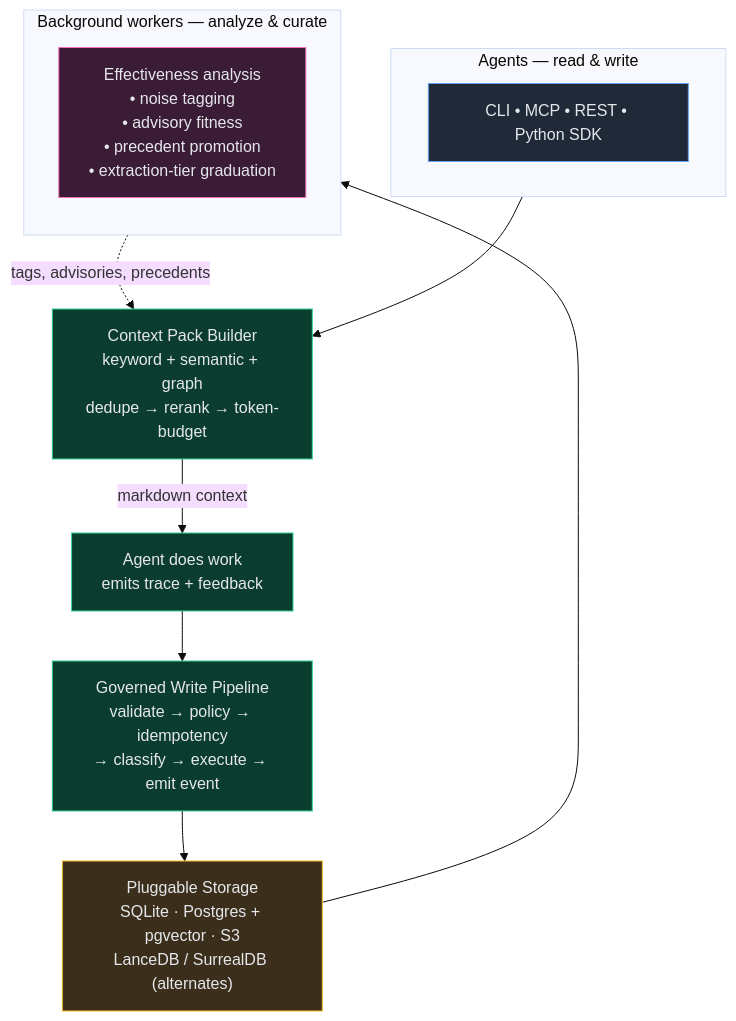
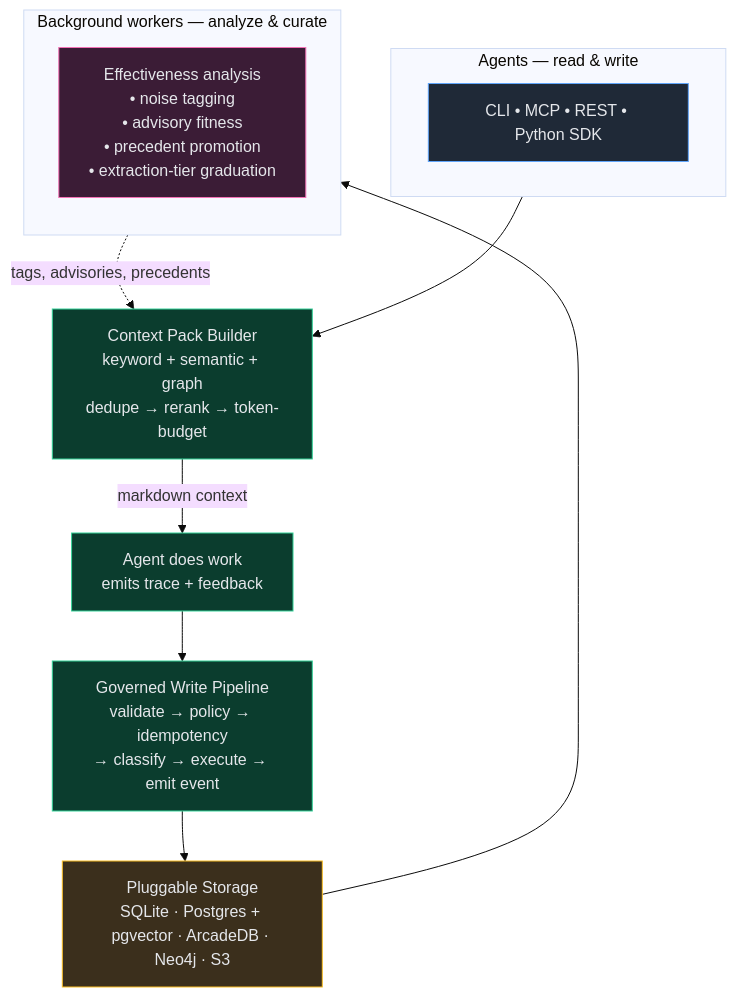
One commit to ronsse/trellis-ai changed the third of 5 diagrams in README.md. Above: the diagram before and after it, drawn with Mermaid (base theme). The commit also changed other lines of this file and 1 other file, not shown here.

````diff
--- a/README.md
+++ b/README.md
@@ -145,33 +181,33 @@
 ```mermaid
 flowchart TB
     subgraph Agents["Agents — read & write"]
         direction LR
         IF["CLI • MCP • REST • Python SDK"]
     end
 
     Pack["Context Pack Builder<br/>keyword + semantic + graph<br/>dedupe → rerank → token-budget"]
     Work["Agent does work<br/>emits trace + feedback"]
     Mut["Governed Write Pipeline<br/>validate → policy → idempotency<br/>→ classify → execute → emit event"]
-    Store["Pluggable Storage<br/>SQLite · Postgres + pgvector · S3<br/>LanceDB / SurrealDB (alternates)"]
+    Store["Pluggable Storage<br/>SQLite · Postgres + pgvector · ArcadeDB · Neo4j · S3"]
 
     subgraph Workers["Background workers — analyze & curate"]
         direction TB
         W["Effectiveness analysis<br/>• noise tagging<br/>• advisory fitness<br/>• precedent promotion<br/>• extraction-tier graduation"]
     end
 
     IF --> Pack
     Pack -- "markdown context" --> Work
     Work --> Mut
     Mut --> Store
     Store --> W
     W -. "tags, advisories, precedents" .-> Pack
 
     classDef iface fill:#1f2937,stroke:#60a5fa,color:#e5e7eb;
     classDef core fill:#0b3d2e,stroke:#34d399,color:#e5e7eb;
     classDef store fill:#3b2f1c,stroke:#fbbf24,color:#e5e7eb;
     classDef worker fill:#3b1c36,stroke:#f472b6,color:#e5e7eb;
     class IF iface;
     class Pack,Work,Mut core;
     class Store store;
     class W worker;
 ```
````
